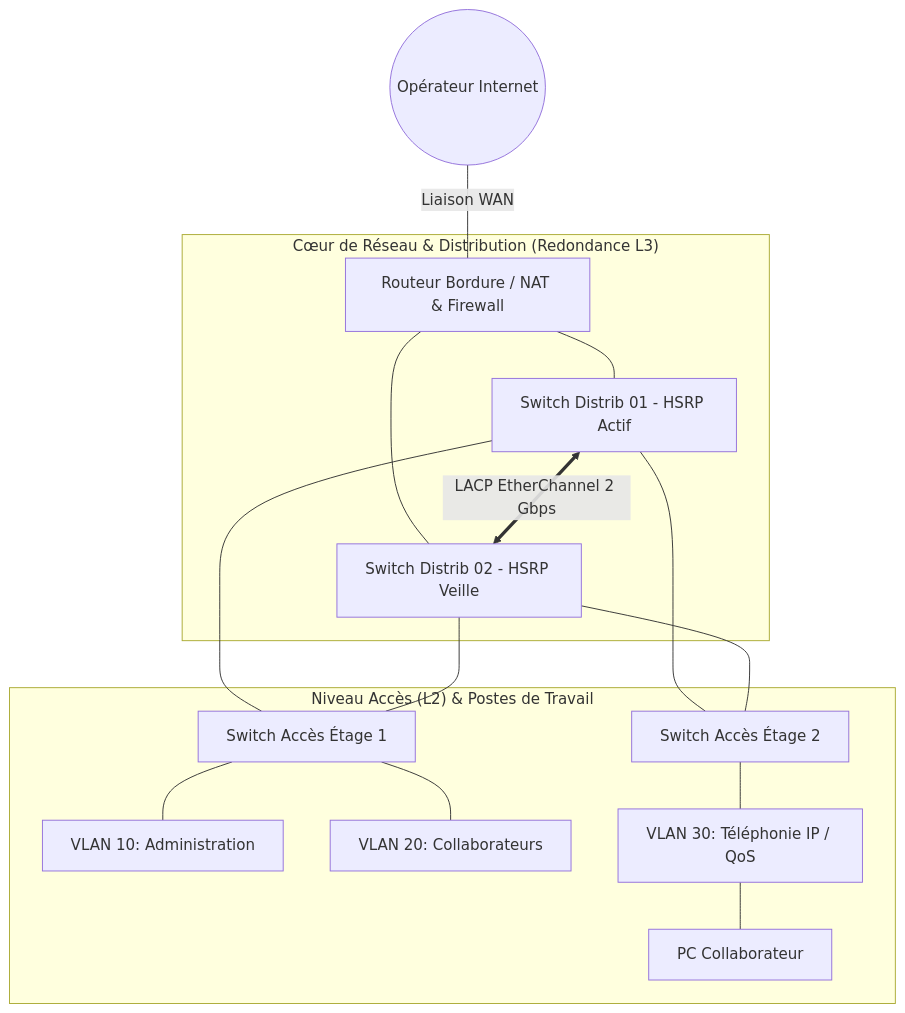
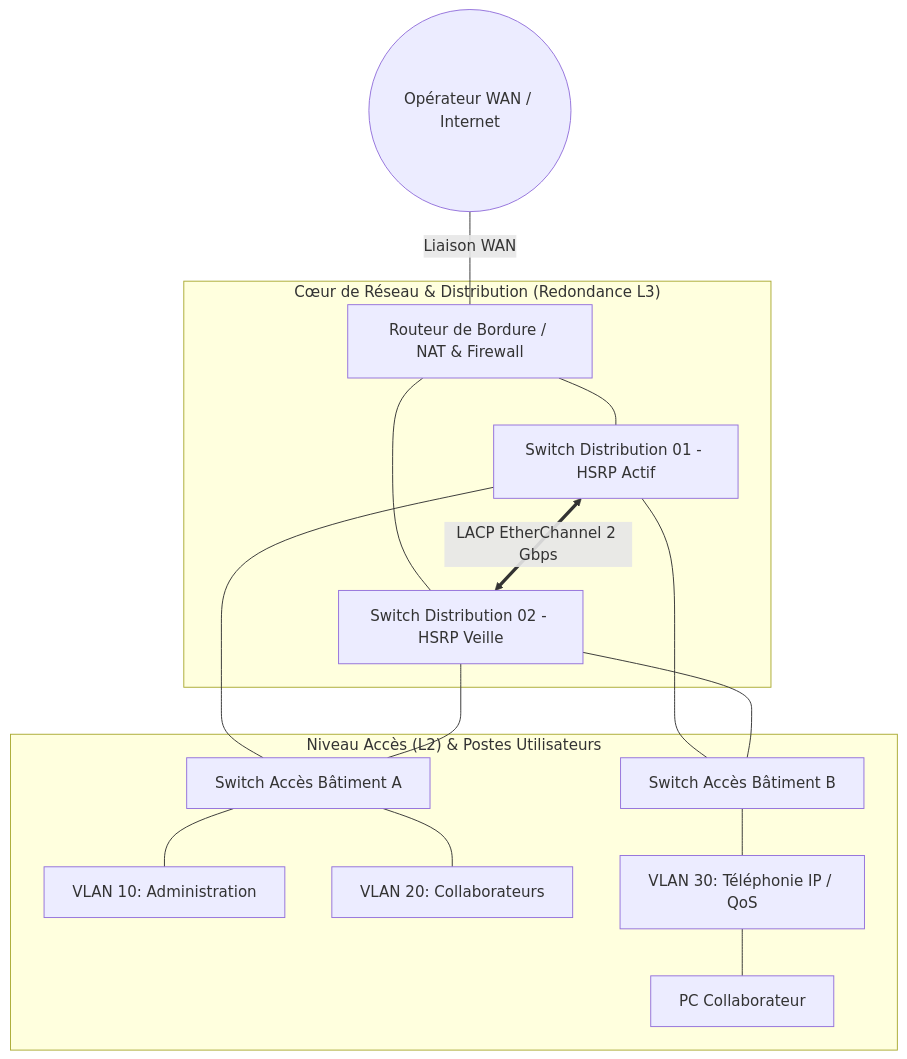
One commit to Jiraya931/Professionnel changed the diagram in 02-Reseaux-Cisco-Huawei/README.md. Above: the diagram before and after it, drawn with Mermaid. The commit also changed other lines of this file and 5 other files, not shown here.

````diff
--- a/02-Reseaux-Cisco-Huawei/README.md
+++ b/02-Reseaux-Cisco-Huawei/README.md
@@ -22,22 +22,22 @@
 ```mermaid
 graph TD
-    ISP((Opérateur Internet)) --- |Liaison WAN| R_EDGE[Routeur Bordure / NAT & Firewall]
+    ISP((Opérateur WAN / Internet)) --- |Liaison WAN| R_EDGE[Routeur de Bordure / NAT & Firewall]
     
     subgraph "Cœur de Réseau & Distribution (Redondance L3)"
-        R_EDGE --- SW_D1[Switch Distrib 01 - HSRP Actif]
-        R_EDGE --- SW_D2[Switch Distrib 02 - HSRP Veille]
+        R_EDGE --- SW_D1[Switch Distribution 01 - HSRP Actif]
+        R_EDGE --- SW_D2[Switch Distribution 02 - HSRP Veille]
         SW_D1 <==>|LACP EtherChannel 2 Gbps| SW_D2
     end
 
-    subgraph "Niveau Accès (L2) & Postes de Travail"
-        SW_D1 --- SW_ACC1[Switch Accès Étage 1]
+    subgraph "Niveau Accès (L2) & Postes Utilisateurs"
+        SW_D1 --- SW_ACC1[Switch Accès Bâtiment A]
         SW_D2 --- SW_ACC1
-        SW_D1 --- SW_ACC2[Switch Accès Étage 2]
+        SW_D1 --- SW_ACC2[Switch Accès Bâtiment B]
         SW_D2 --- SW_ACC2
         
         SW_ACC1 --- PC_ADMIN[VLAN 10: Administration]
         SW_ACC1 --- PC_USERS[VLAN 20: Collaborateurs]
         SW_ACC2 --- IP_PHONE[VLAN 30: Téléphonie IP / QoS]
         IP_PHONE --- PC_WORKSTATION[PC Collaborateur]
     end
 ```
````
